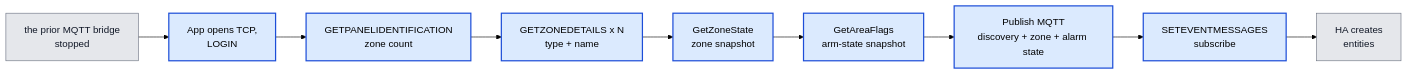
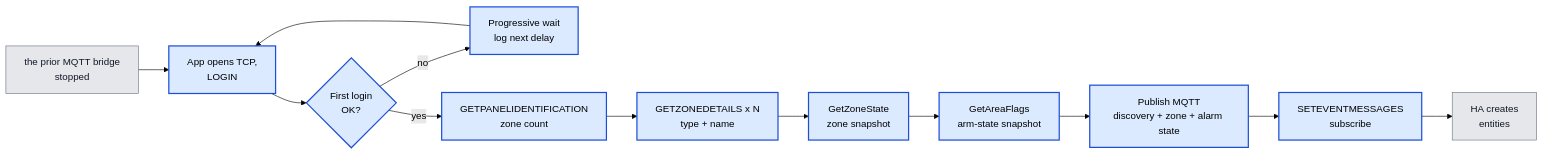
The third of 7 diagrams in docs/architecture.md (michaelmarconi/texecom_alarm), drawn with Mermaid (forest theme) before and after one commit. The commit also changed other lines of this file, not shown here.

First line of the commit message:
docs(architecture): fold progressive startup-login backoff.

````diff
--- a/docs/architecture.md
+++ b/docs/architecture.md
@@ -266,17 +282,21 @@
 ```mermaid
 flowchart LR
     Stop["the prior MQTT bridge<br/>stopped"]:::external
     Open["App opens TCP,<br/>LOGIN"]:::owned
+    Backoff{"First login<br/>OK?"}:::owned
+    Wait["Progressive wait<br/>log next delay"]:::owned
     Ident["GETPANELIDENTIFICATION<br/>zone count"]:::owned
     Loop["GETZONEDETAILS x N<br/>type + name"]:::owned
     ZoneSnap["GetZoneState<br/>zone snapshot"]:::owned
     AreaSnap["GetAreaFlags<br/>arm-state snapshot"]:::owned
     Pub["Publish MQTT<br/>discovery + zone + alarm state"]:::owned
     Sub["SETEVENTMESSAGES<br/>subscribe"]:::owned
     HAEnt["HA creates<br/>entities"]:::external
 
-    Stop --> Open --> Ident --> Loop --> ZoneSnap --> AreaSnap --> Pub --> Sub --> HAEnt
+    Stop --> Open --> Backoff
+    Backoff -->|no| Wait --> Open
+    Backoff -->|yes| Ident --> Loop --> ZoneSnap --> AreaSnap --> Pub --> Sub --> HAEnt
 
     classDef owned fill:#dbeafe,stroke:#1d4ed8,stroke-width:2px
     classDef external fill:#e5e7eb,stroke:#6b7280,color:#111827
 ```
````
